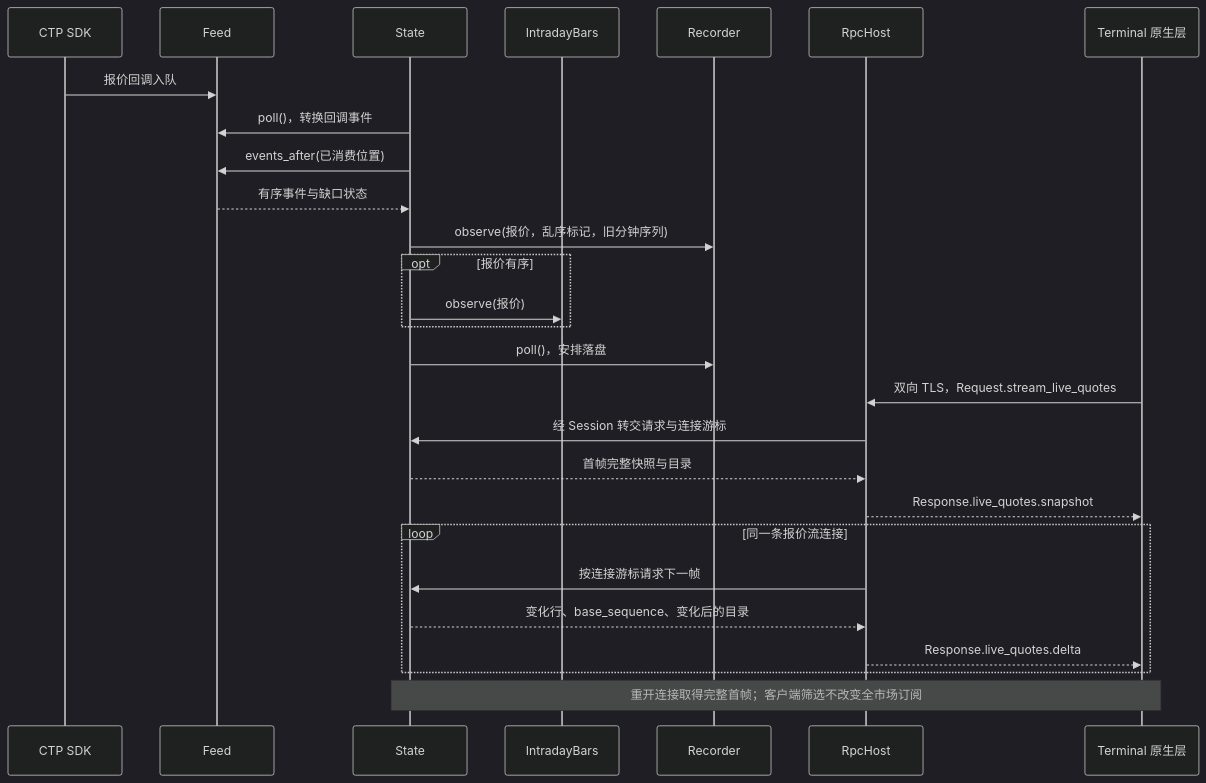
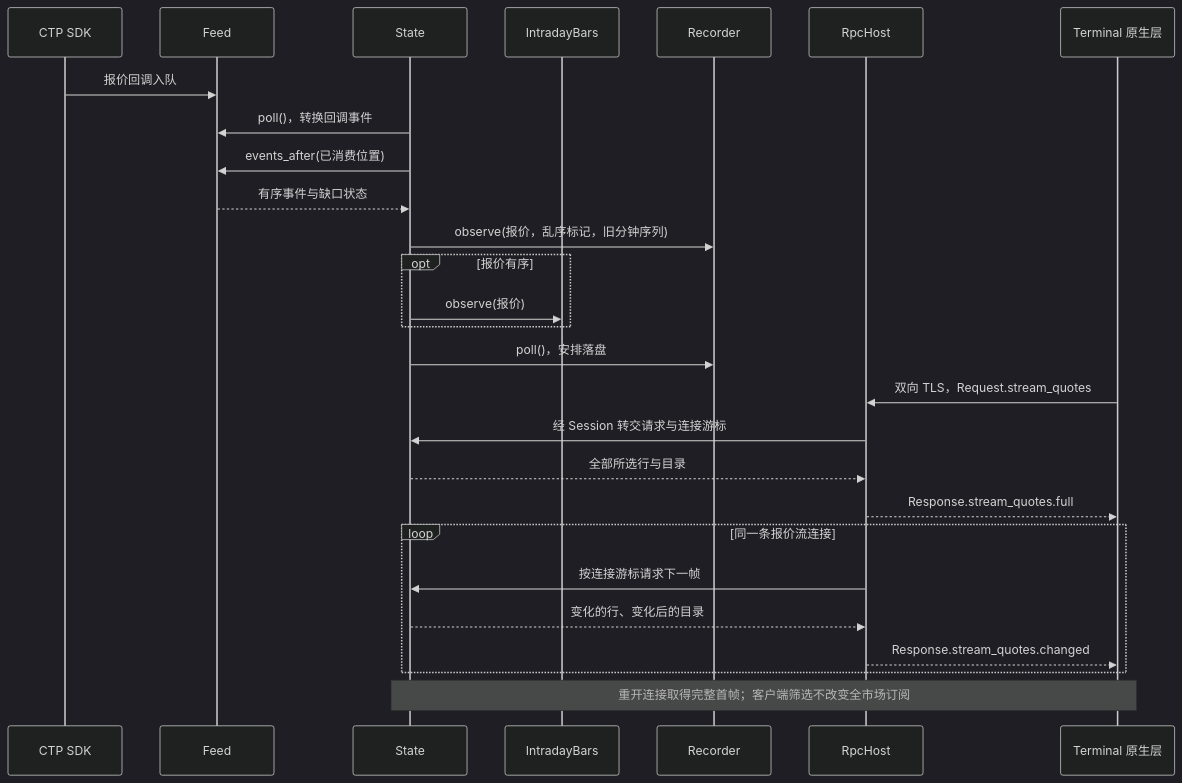
Before and after one commit to isqiwen/asterion-terminal: the fourth of 5 diagrams in docs/market-design.md, drawn with Mermaid (dark theme). The commit also changed other lines of this file and 99 other files, not shown here.

````diff
--- a/docs/market-design.md
+++ b/docs/market-design.md
@@ -128,29 +128,29 @@
 ```mermaid
 sequenceDiagram
     participant SDK as CTP SDK
     participant Feed
     participant State
     participant Bars as IntradayBars
     participant Recorder
     participant RPC as RpcHost
     participant Client as Terminal 原生层
     SDK->>Feed: 报价回调入队
     State->>Feed: poll()，转换回调事件
     State->>Feed: events_after(已消费位置)
     Feed-->>State: 有序事件与缺口状态
     State->>Recorder: observe(报价，乱序标记，旧分钟序列)
     opt 报价有序
         State->>Bars: observe(报价)
     end
     State->>Recorder: poll()，安排落盘
-    Client->>RPC: 双向 TLS，Request.stream_live_quotes
+    Client->>RPC: 双向 TLS，Request.stream_quotes
     RPC->>State: 经 Session 转交请求与连接游标
-    State-->>RPC: 首帧完整快照与目录
-    RPC-->>Client: Response.live_quotes.snapshot
+    State-->>RPC: 全部所选行与目录
+    RPC-->>Client: Response.stream_quotes.full
     loop 同一条报价流连接
         RPC->>State: 按连接游标请求下一帧
-        State-->>RPC: 变化行、base_sequence、变化后的目录
-        RPC-->>Client: Response.live_quotes.delta
+        State-->>RPC: 变化的行、变化后的目录
+        RPC-->>Client: Response.stream_quotes.changed
     end
     Note over Client,State: 重开连接取得完整首帧；客户端筛选不改变全市场订阅
 ```
````
